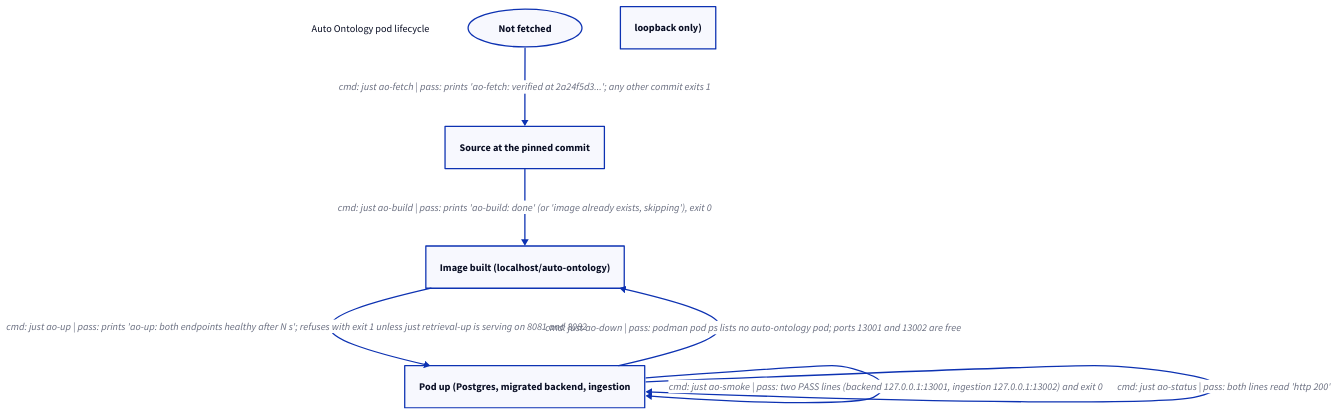
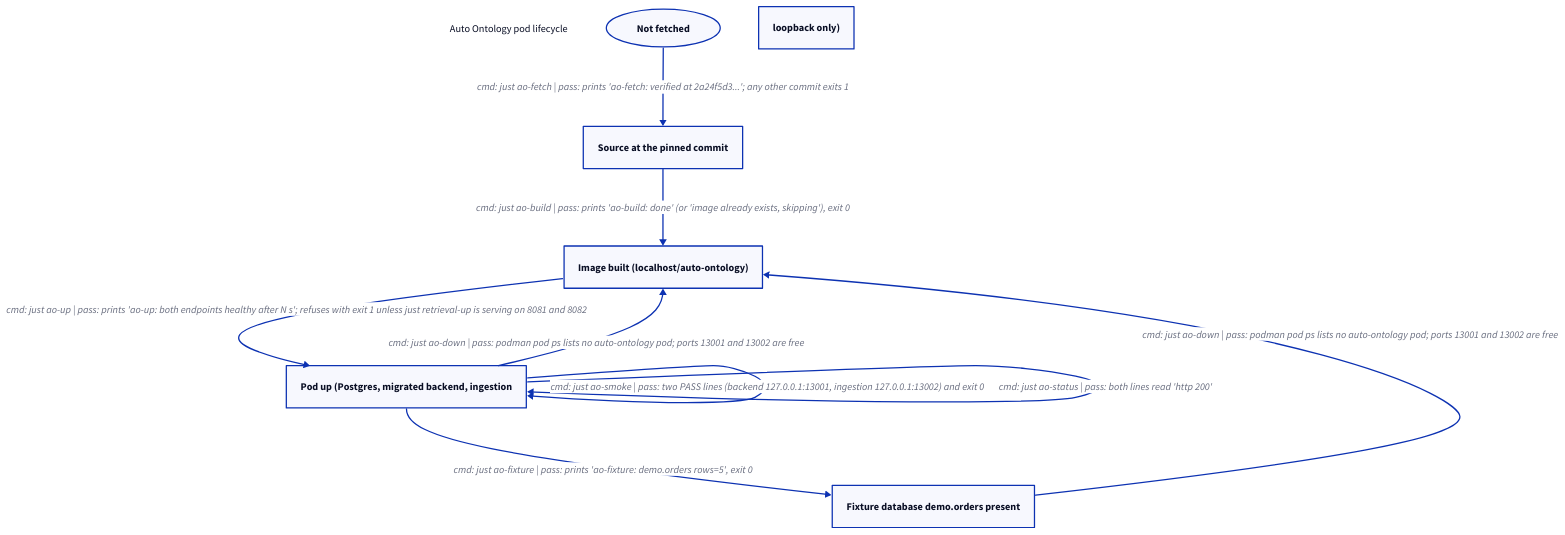
Before and after one commit to fungible-farm/wattson: the diagram in docs/diagrams/auto-ontology-lifecycle.d2, drawn with D2. The commit also changed 5 other files, not shown here.

First line of the commit message:
feat: seed a demo fixture database for Auto Ontology ingestion

```diff
--- a/docs/diagrams/auto-ontology-lifecycle.d2
+++ b/docs/diagrams/auto-ontology-lifecycle.d2
@@ -1,16 +1,19 @@
 # procedural-chart
 # State chart: NVIDIA Auto Ontology backend + ingestion as a pod (pinned upstream commit). Each transition = the command + the observation.
 direction: down
 title: "Auto Ontology pod lifecycle" {shape: text}
 
 absent: Not fetched {shape: oval}
 fetched: Source at the pinned commit
 built: Image built (localhost/auto-ontology)
 up: Pod up (Postgres, migrated backend, ingestion; loopback only)
+seeded: Fixture database demo.orders present
 
 absent -> fetched: "cmd: just ao-fetch | pass: prints 'ao-fetch: verified at 2a24f5d3...'; any other commit exits 1"
 fetched -> built: "cmd: just ao-build | pass: prints 'ao-build: done' (or 'image already exists, skipping'), exit 0"
 built -> up: "cmd: just ao-up | pass: prints 'ao-up: both endpoints healthy after N s'; refuses with exit 1 unless just retrieval-up is serving on 8081 and 8082"
 up -> up: "cmd: just ao-smoke | pass: two PASS lines (backend 127.0.0.1:13001, ingestion 127.0.0.1:13002) and exit 0"
 up -> up: "cmd: just ao-status | pass: both lines read 'http 200'"
+up -> seeded: "cmd: just ao-fixture | pass: prints 'ao-fixture: demo.orders rows=5', exit 0"
+seeded -> built: "cmd: just ao-down | pass: podman pod ps lists no auto-ontology pod; ports 13001 and 13002 are free"
 up -> built: "cmd: just ao-down | pass: podman pod ps lists no auto-ontology pod; ports 13001 and 13002 are free"
```
